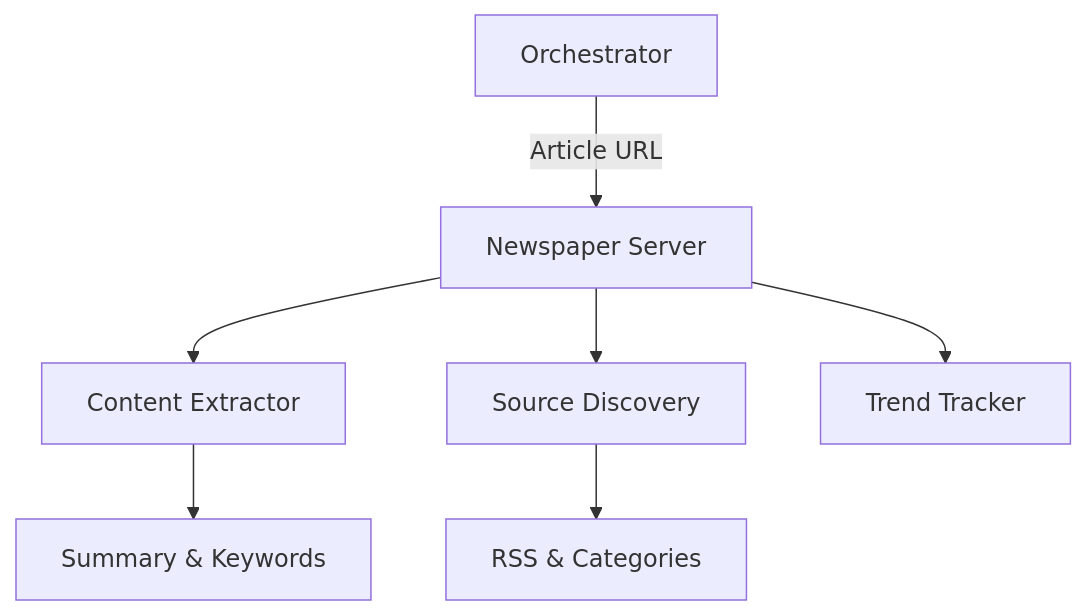
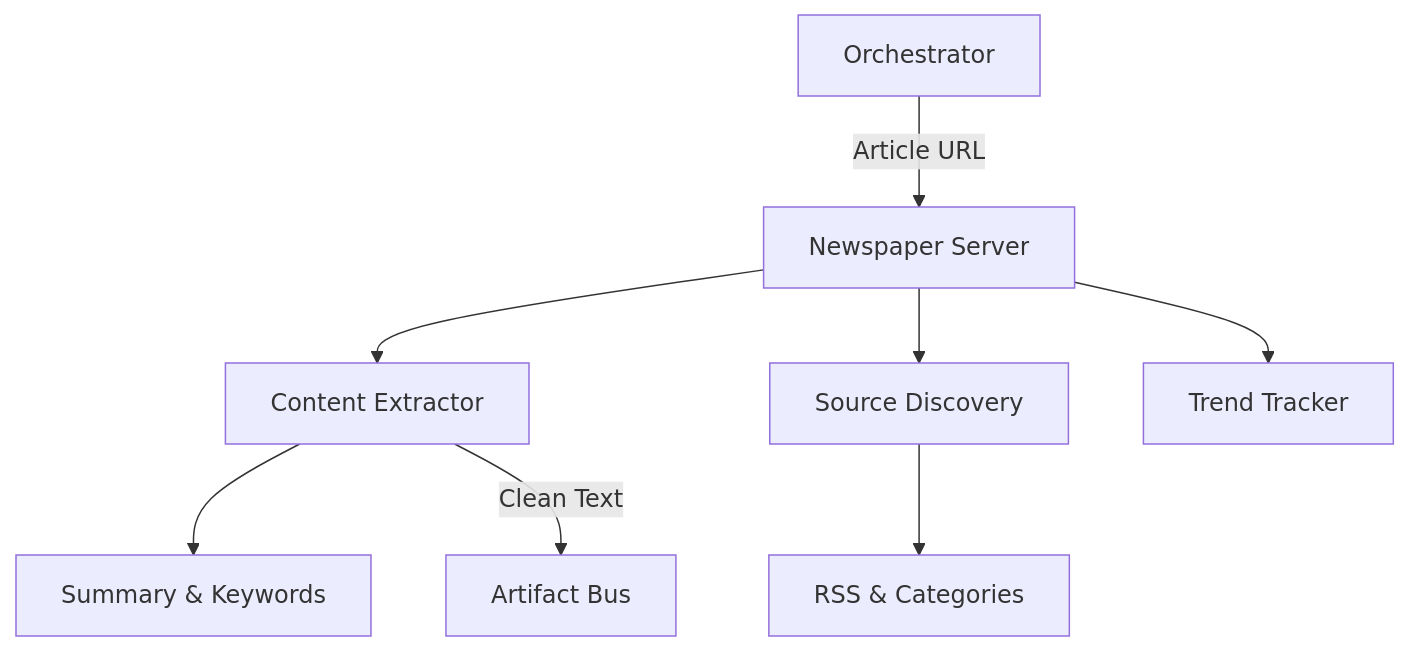
The diagram in mcp_servers/newspaper_server/README.md (azzindani/Kea), drawn with Mermaid before and after one commit. The commit also changed other lines of this file and 21 other files, not shown here.

````diff
--- a/mcp_servers/newspaper_server/README.md
+++ b/mcp_servers/newspaper_server/README.md
@@ -9,10 +18,11 @@
 ```mermaid
 graph TD
     Client[Orchestrator] -->|Article URL| API[Newspaper Server]
     API --> Extractor[Content Extractor]
     API --> Discovery[Source Discovery]
     API --> Trends[Trend Tracker]
     
     Extractor --> NLP[Summary & Keywords]
     Discovery --> Feeds[RSS & Categories]
+    Extractor -->|Clean Text| Artifact[Artifact Bus]
 ```
````
